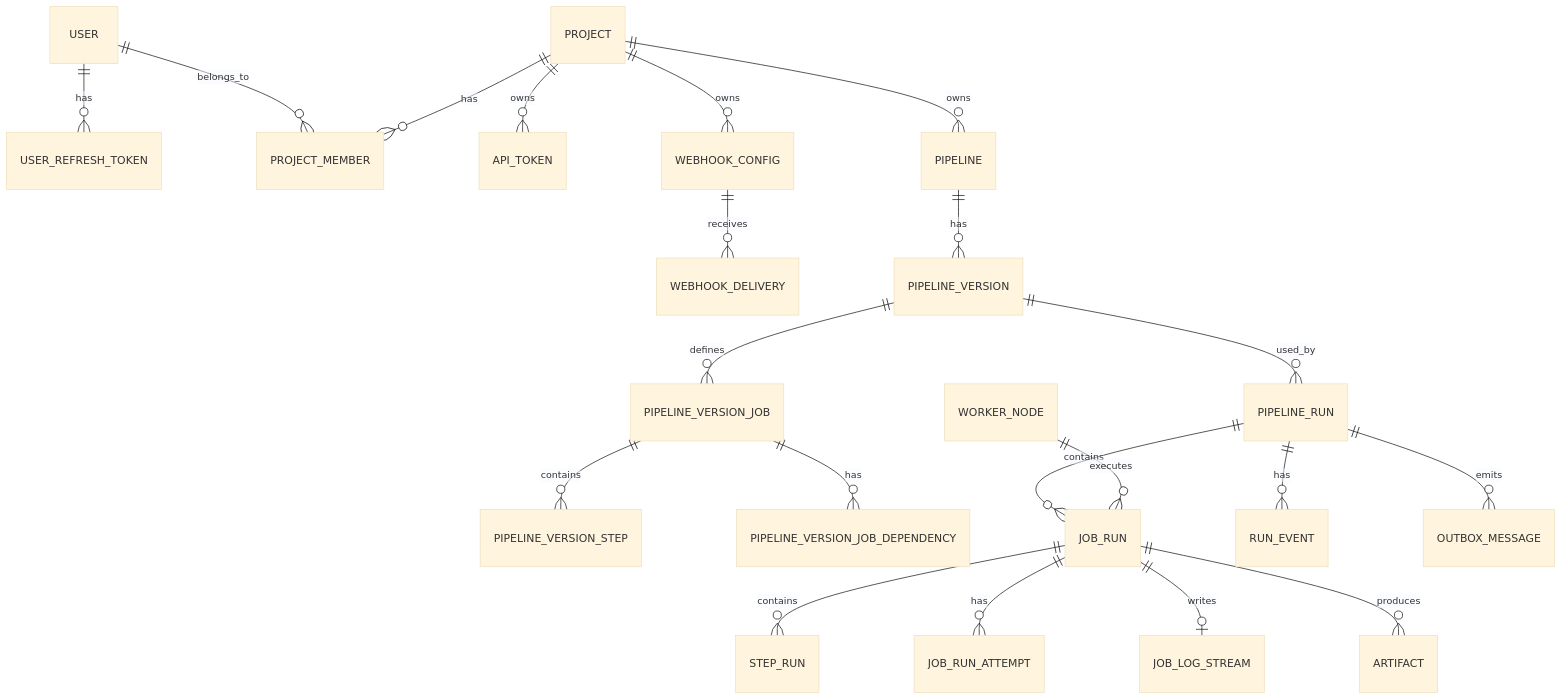
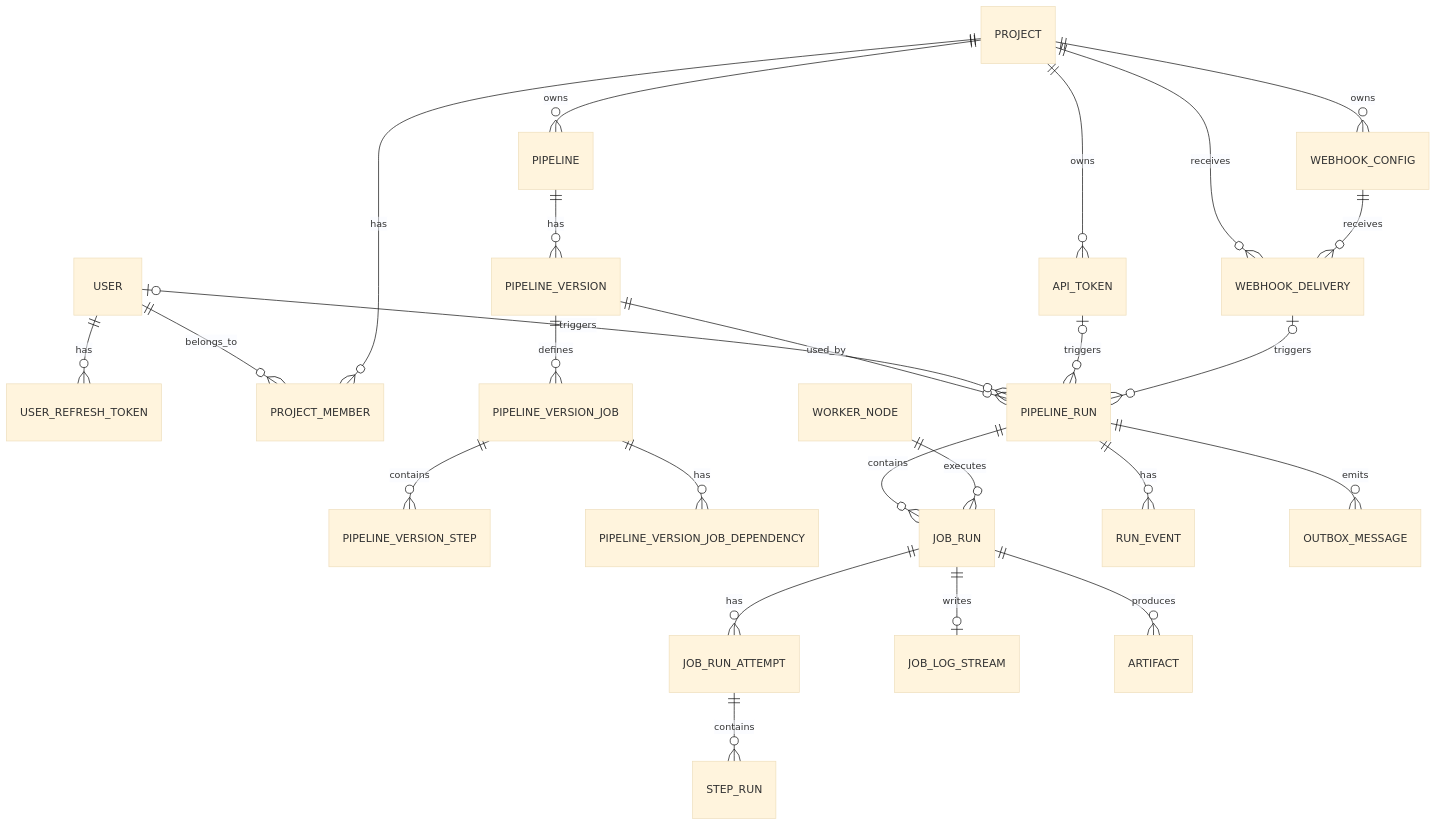
The third of 5 diagrams in docs/versions/v1/overview.md (Rustkins-Project/RustkinsDocs), drawn with Mermaid (base theme) before and after one commit. The commit also changed other lines of this file and 7 other files, not shown here.

````diff
--- a/docs/versions/v1/overview.md
+++ b/docs/versions/v1/overview.md
@@ -767,25 +768,29 @@
 ```mermaid
 erDiagram
   USER ||--o{ USER_REFRESH_TOKEN : has
   USER ||--o{ PROJECT_MEMBER : belongs_to
   PROJECT ||--o{ PROJECT_MEMBER : has
   PROJECT ||--o{ API_TOKEN : owns
   PROJECT ||--o{ WEBHOOK_CONFIG : owns
+  PROJECT ||--o{ WEBHOOK_DELIVERY : receives
   WEBHOOK_CONFIG ||--o{ WEBHOOK_DELIVERY : receives
 
   PROJECT ||--o{ PIPELINE : owns
   PIPELINE ||--o{ PIPELINE_VERSION : has
   PIPELINE_VERSION ||--o{ PIPELINE_VERSION_JOB : defines
   PIPELINE_VERSION_JOB ||--o{ PIPELINE_VERSION_STEP : contains
   PIPELINE_VERSION_JOB ||--o{ PIPELINE_VERSION_JOB_DEPENDENCY : has
 
   PIPELINE_VERSION ||--o{ PIPELINE_RUN : used_by
+  USER o|--o{ PIPELINE_RUN : triggers
+  API_TOKEN o|--o{ PIPELINE_RUN : triggers
+  WEBHOOK_DELIVERY o|--o{ PIPELINE_RUN : triggers
   PIPELINE_RUN ||--o{ JOB_RUN : contains
-  JOB_RUN ||--o{ STEP_RUN : contains
   JOB_RUN ||--o{ JOB_RUN_ATTEMPT : has
+  JOB_RUN_ATTEMPT ||--o{ STEP_RUN : contains
   JOB_RUN ||--o| JOB_LOG_STREAM : writes
   JOB_RUN ||--o{ ARTIFACT : produces
   WORKER_NODE ||--o{ JOB_RUN : executes
   PIPELINE_RUN ||--o{ RUN_EVENT : has
   PIPELINE_RUN ||--o{ OUTBOX_MESSAGE : emits
 ```
````
